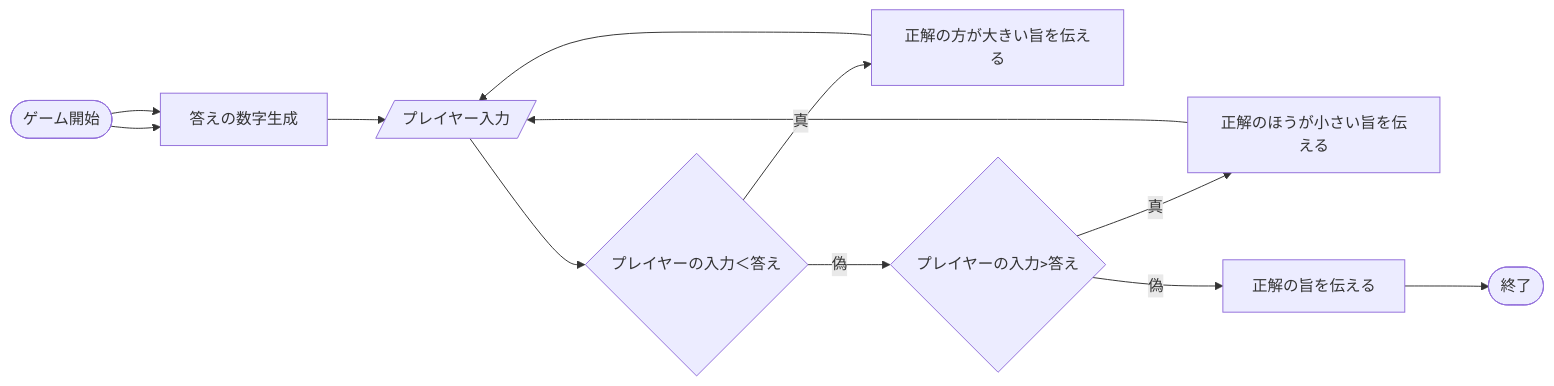
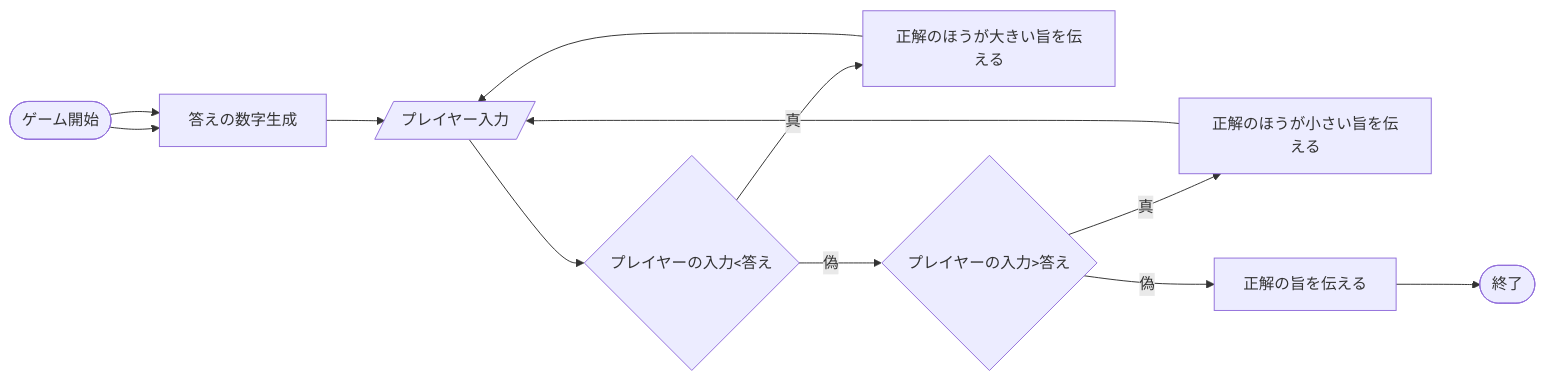
Before and after one commit to tpu-game-2022/mermaid_test: the diagram in README.md, drawn with Mermaid.

Commit message:
流れ図更新

````diff
--- a/README.md
+++ b/README.md
@@ -21,14 +21,14 @@
 ```mermaid
 flowchart LR;
   A([ゲーム開始]) --> B[答えの数字生成]
   B --> C[/プレイヤー入力/]
-  C --> D{プレイヤーの入力＜答え}
-  D -- 真 --> E[正解の方が大きい旨を伝える]
+  C --> D{プレイヤーの入力<答え} 
+  D -- 真 --> E[正解のほうが大きい旨を伝える]
   E --> C
   D -- 偽 --> F{プレイヤーの入力>答え} 
   F -- 真 --> G[正解のほうが小さい旨を伝える]
   G --> C
   F -- 偽 --> H[正解の旨を伝える]
   H -->I([終了])
   A --> B
 ```
````
